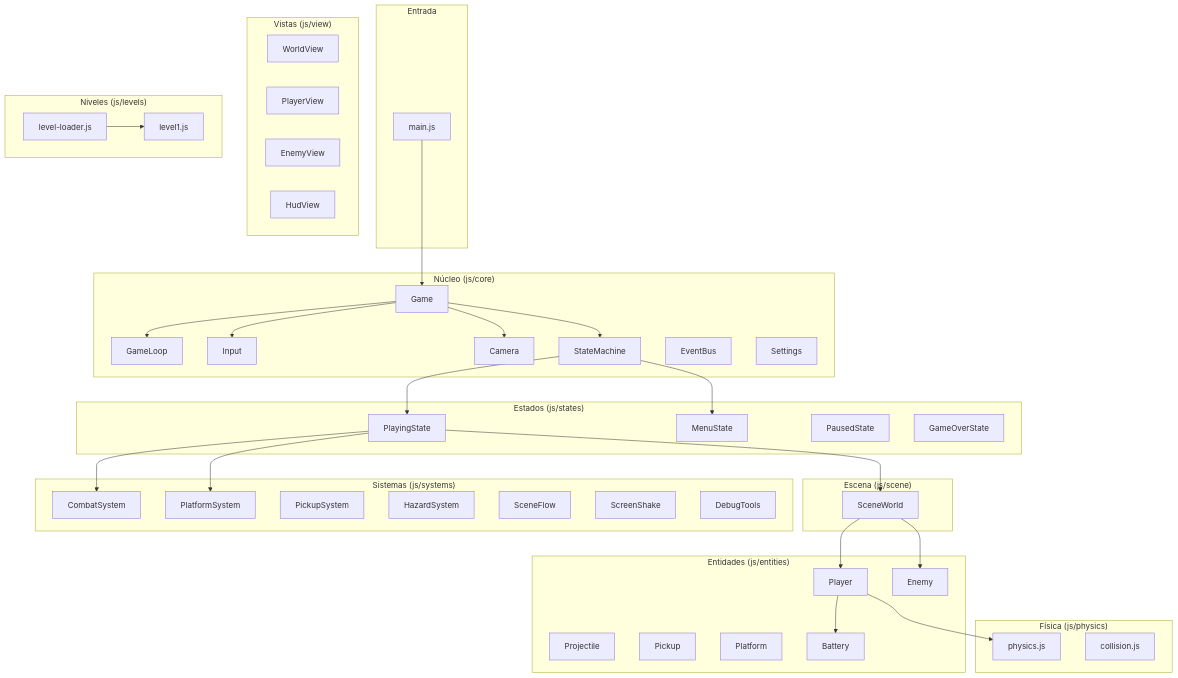
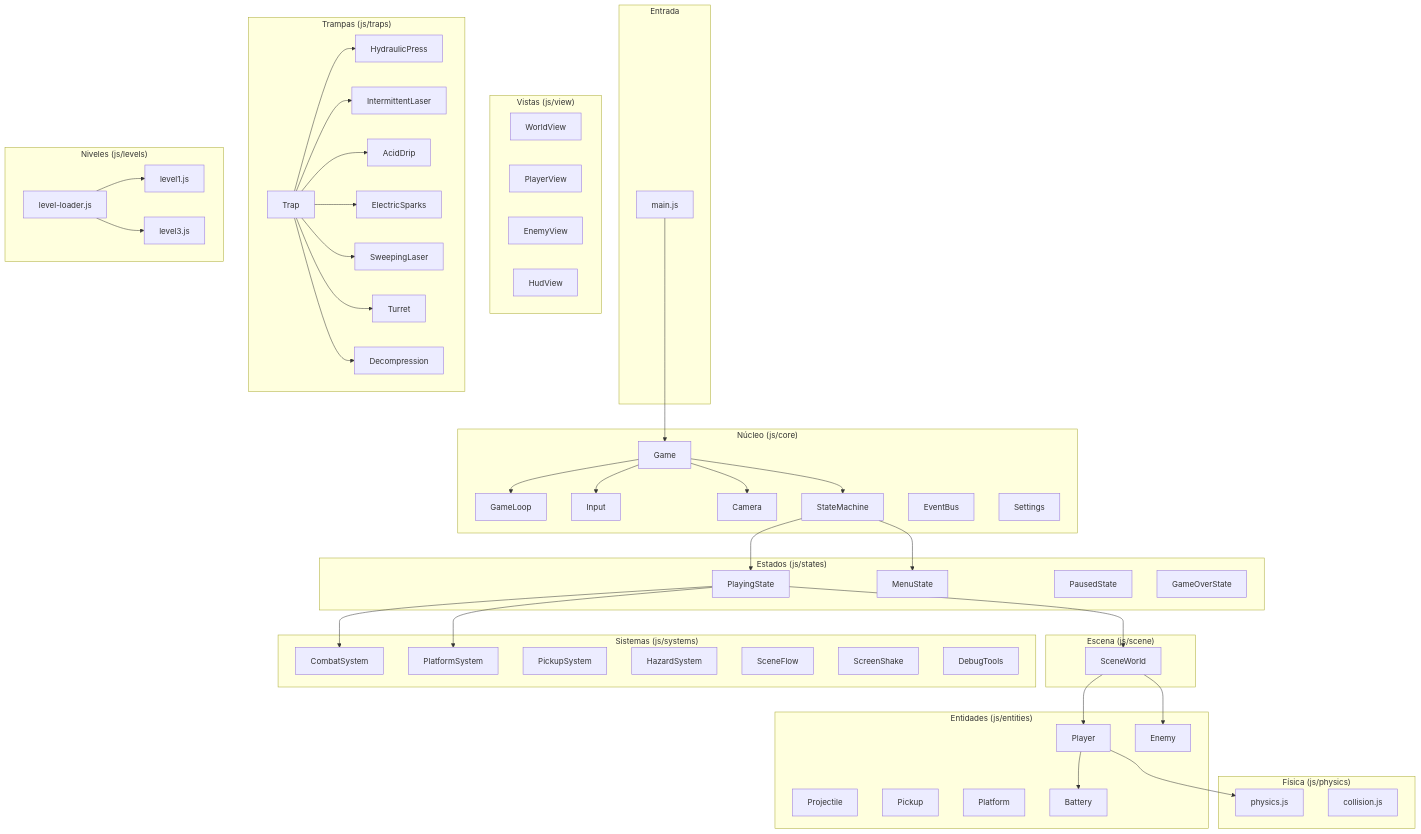
The diagram in docs/ARQUITECTURA.md (LDP23/perdida), drawn with Mermaid before and after one commit. The commit also changed other lines of this file and 69 other files, not shown here.

````diff
--- a/docs/ARQUITECTURA.md
+++ b/docs/ARQUITECTURA.md
@@ -68,8 +68,20 @@
         HudView[HudView]
     end
 
+    subgraph "Trampas (js/traps)"
+        TrapBase[Trap]
+        HydPress[HydraulicPress]
+        IntLaser[IntermittentLaser]
+        AcDrip[AcidDrip]
+        ElSparks[ElectricSparks]
+        SwLaser[SweepingLaser]
+        TurretTrap[Turret]
+        Decomp[Decompression]
+    end
+
     subgraph "Niveles (js/levels)"
         Level1[level1.js]
+        Level3[level3.js]
         LevelLoader[level-loader.js]
     end
 
@@ -88,4 +100,12 @@
     Player --> Physics
     Player --> Battery
     LevelLoader --> Level1
+    LevelLoader --> Level3
+    TrapBase --> HydPress
+    TrapBase --> IntLaser
+    TrapBase --> AcDrip
+    TrapBase --> ElSparks
+    TrapBase --> SwLaser
+    TrapBase --> TurretTrap
+    TrapBase --> Decomp
 ```
````
